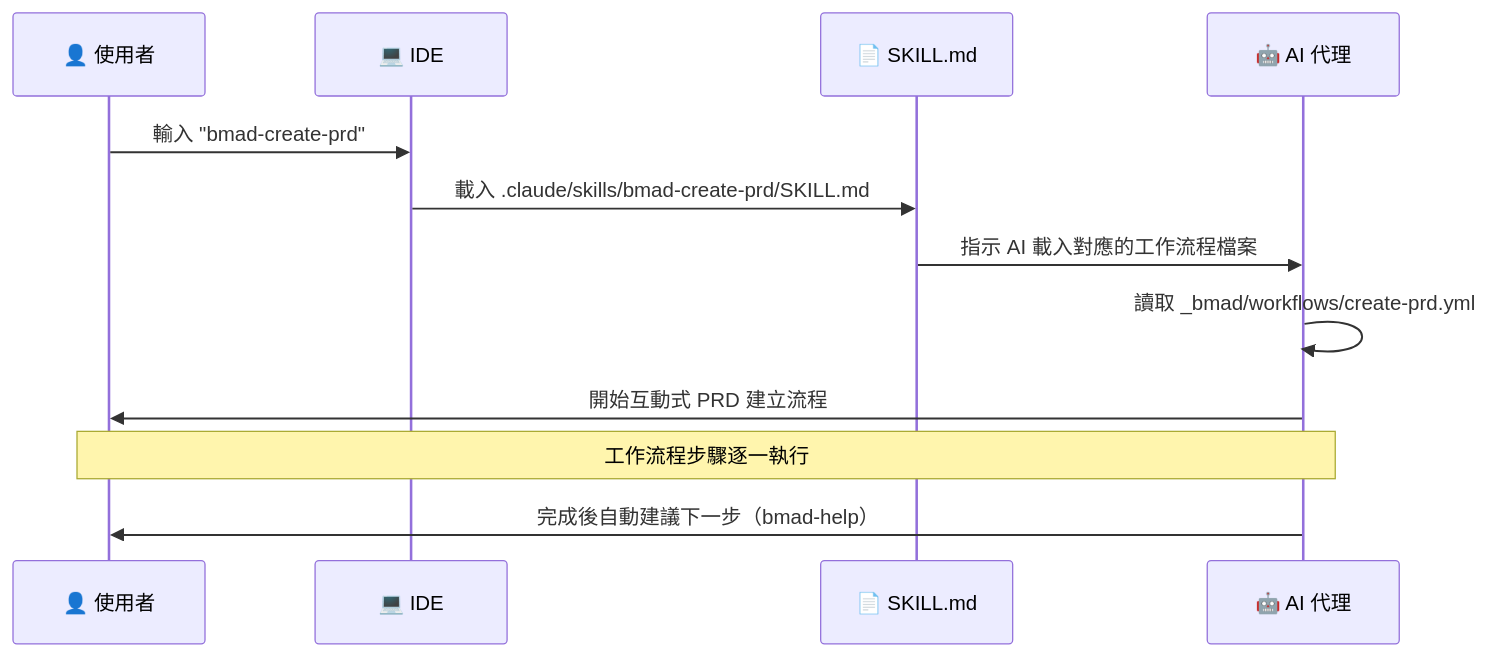
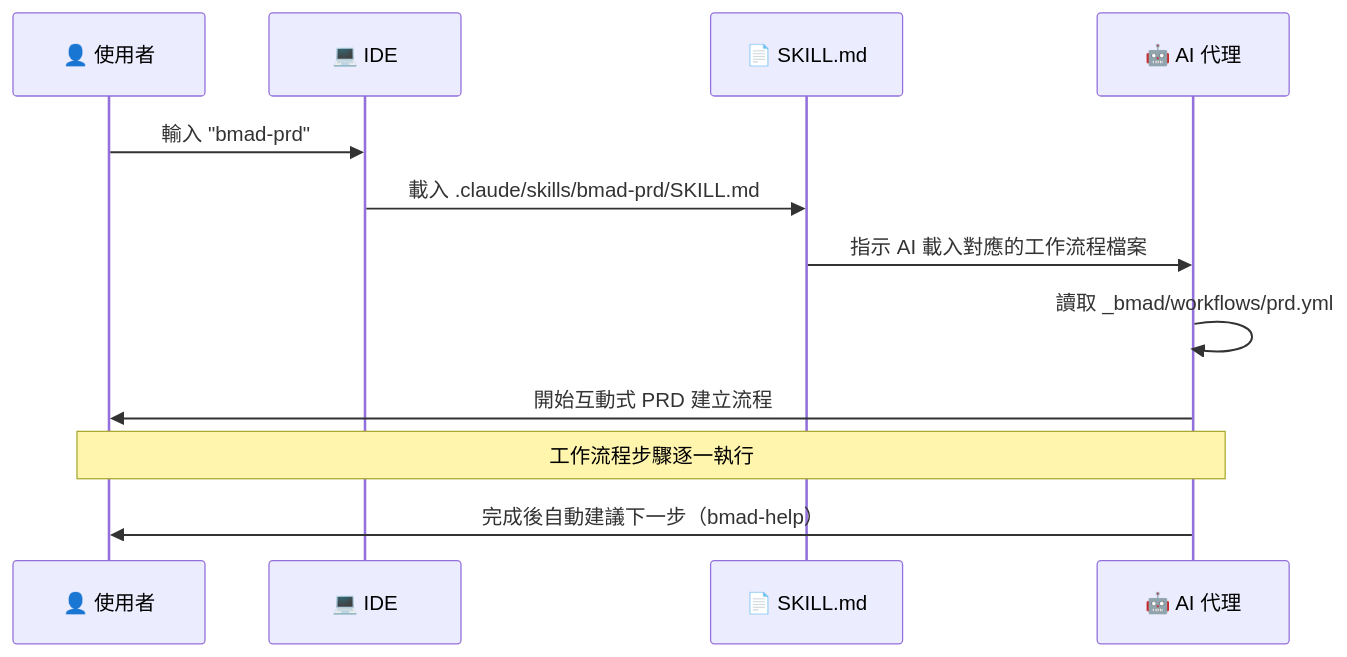
Before and after one commit to chihhung/Blog: the fifth of 21 diagrams in content/posts/教學/AI開發/BMAD-METHOD使用教學.md, drawn with Mermaid. The commit also changed other lines of this file and 22 other files, not shown here.

````diff
--- a/content/posts/教學/AI開發/BMAD-METHOD使用教學.md
+++ b/content/posts/教學/AI開發/BMAD-METHOD使用教學.md
@@ -823,15 +852,15 @@
 ```mermaid
 sequenceDiagram
     participant U as 👤 使用者
     participant IDE as 💻 IDE
     participant S as 📄 SKILL.md
     participant A as 🤖 AI 代理
 
-    U->>IDE: 輸入 "bmad-create-prd"
-    IDE->>S: 載入 .claude/skills/bmad-create-prd/SKILL.md
+    U->>IDE: 輸入 "bmad-prd"
+    IDE->>S: 載入 .claude/skills/bmad-prd/SKILL.md
     S->>A: 指示 AI 載入對應的工作流程檔案
-    A->>A: 讀取 _bmad/workflows/create-prd.yml
+    A->>A: 讀取 _bmad/workflows/prd.yml
     A->>U: 開始互動式 PRD 建立流程
     Note over U,A: 工作流程步驟逐一執行
     A->>U: 完成後自動建議下一步（bmad-help）
 ```
````
